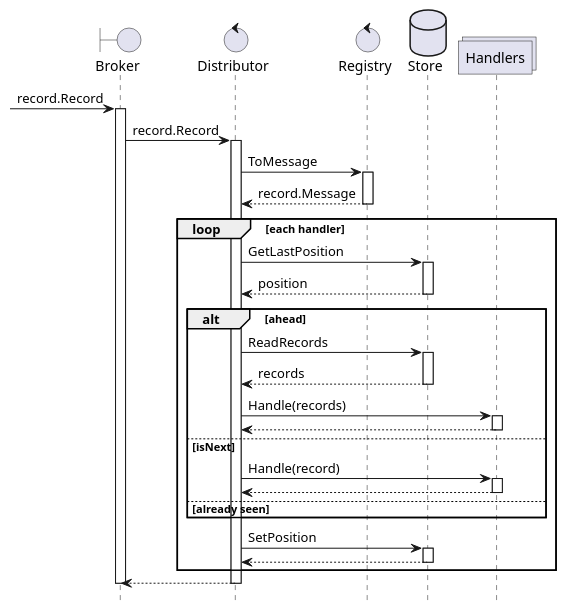
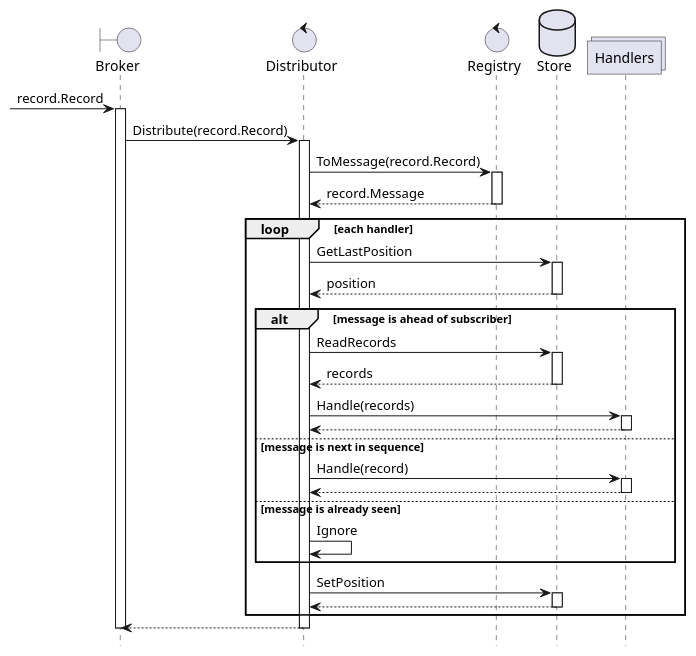
One commit to go-po/po changed the diagram in docs/diagrams/broker-distributor.puml. Above: the diagram before and after it, drawn with PlantUML. The commit also changed 2 other files, not shown here.

```diff
--- a/docs/diagrams/broker-distributor.puml
+++ b/docs/diagrams/broker-distributor.puml
@@ -1,45 +1,45 @@
 @startuml
 
 hide footbox
 
 boundary Broker         AS broker
 control Distributor     AS dist
 control Registry        AS registry
 database Store          AS store
 collections Handlers    AS handlers
 
 
 [-> broker : record.Record
 activate broker
-    broker  -> dist ++ : record.Record
-        dist    -> registry ++ : ToMessage
+    broker  -> dist ++ : Distribute(record.Record)
+        dist    -> registry ++ : ToMessage(record.Record)
         return record.Message
 
         loop each handler
             dist -> store ++ : GetLastPosition
             return position
 
-            alt ahead
+            alt message is ahead of subscriber
                 dist -> store ++ : ReadRecords
                 return records
                 dist -> handlers ++ : Handle(records)
                 return
-            else isNext
+            else message is next in sequence
                 dist -> handlers ++ : Handle(record)
                 return
-            else already seen
-                note left: ignore
+            else message is already seen
+                dist -> dist : Ignore
             end
 
             dist -> store ++ : SetPosition
             return
     end
     return
 
 deactivate broker
 
 
 
 
 
 @enduml
```
